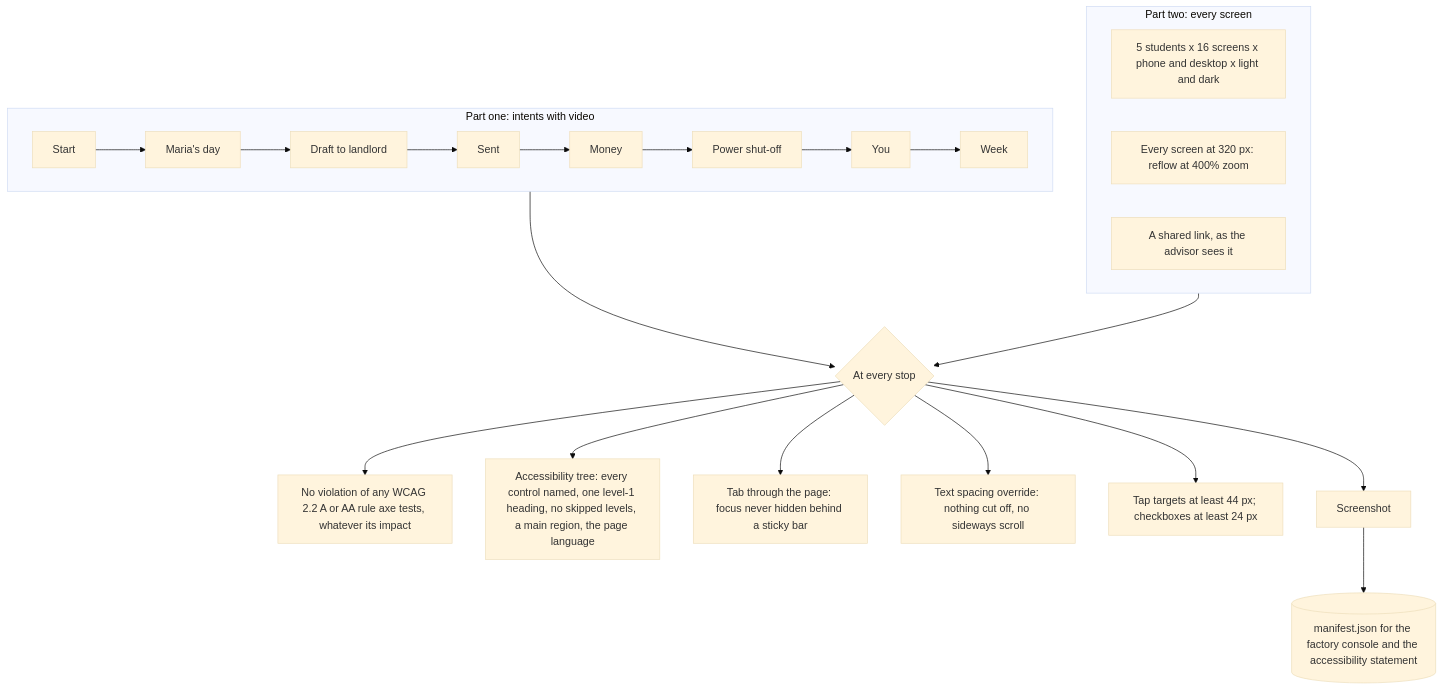
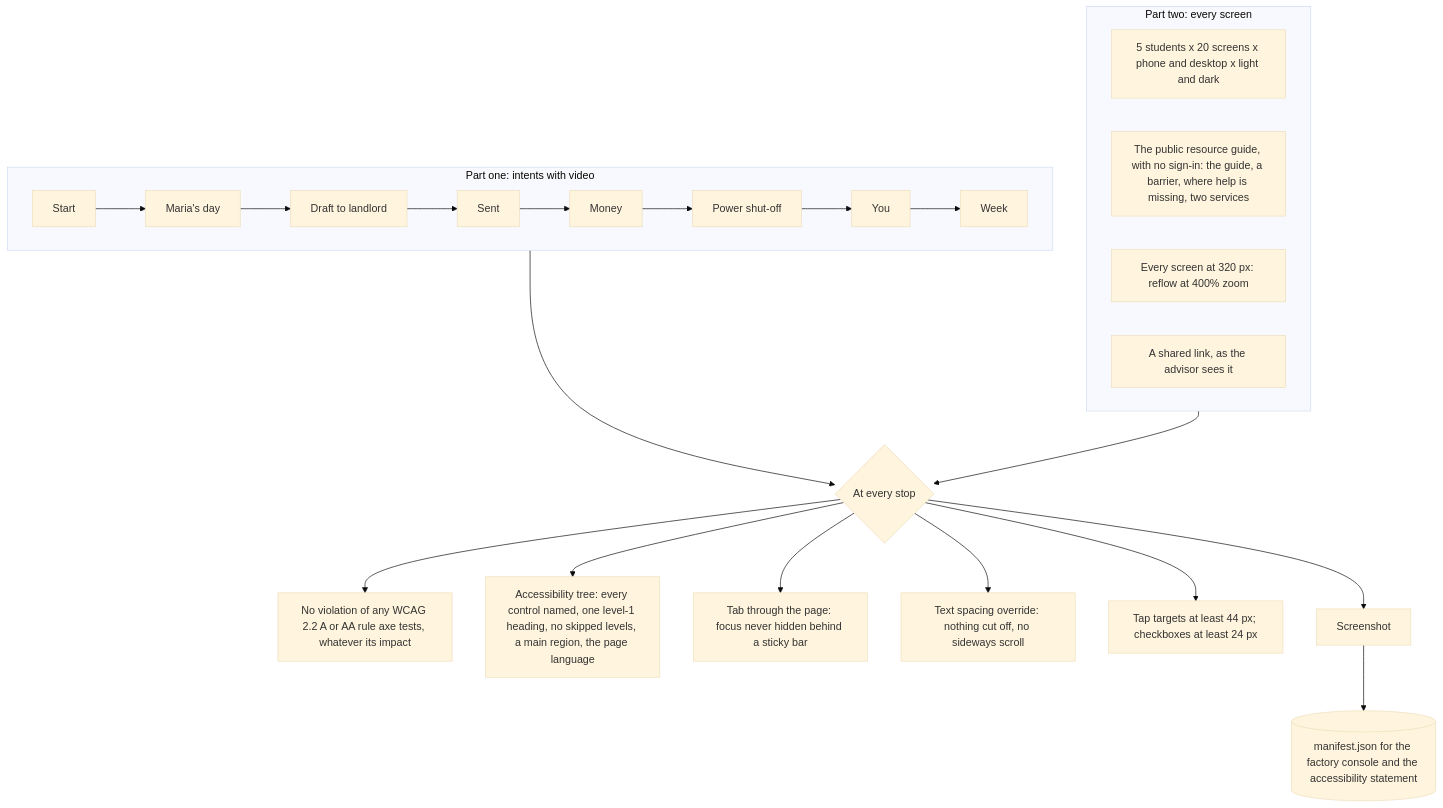
Before and after one commit to russlittle/ZTHR: the first of 2 diagrams in docs/testing/ui-walk.md, drawn with Mermaid (base theme). The commit also changed 1 other file, not shown here.

Commit message:
Docs: the public build reproduction; the browser walk covers the guide [skip ci]
Claude-Session: https://claude.ai/code/session_0135dXxz6ZJNMCzVGP1TiBFE

````diff
--- a/docs/testing/ui-walk.md
+++ b/docs/testing/ui-walk.md
@@ -8,19 +8,20 @@
 ```mermaid
 flowchart TD
   subgraph one[Part one: intents with video]
     a1[Start] --> a2[Maria's day] --> a3[Draft to landlord] --> a4[Sent] --> a5[Money] --> a6[Power shut-off] --> a7[You] --> a8[Week]
   end
   subgraph two[Part two: every screen]
-    s[5 students x 16 screens x phone and desktop x light and dark]
+    s[5 students x 20 screens x phone and desktop x light and dark]
+    g[The public resource guide, with no sign-in: the guide, a barrier, where help is missing, two services]
     r[Every screen at 320 px: reflow at 400% zoom]
     l[A shared link, as the advisor sees it]
   end
   one & two --> inspect{At every stop}
   inspect --> axe[No violation of any WCAG 2.2 A or AA rule axe tests, whatever its impact]
   inspect --> tree[Accessibility tree: every control named, one level-1 heading, no skipped levels, a main region, the page language]
   inspect --> focus[Tab through the page: focus never hidden behind a sticky bar]
   inspect --> spacing[Text spacing override: nothing cut off, no sideways scroll]
   inspect --> tap[Tap targets at least 44 px; checkboxes at least 24 px]
   inspect --> shot[Screenshot]
   shot --> manifest[(manifest.json for the factory console and the accessibility statement)]
 ```
````
